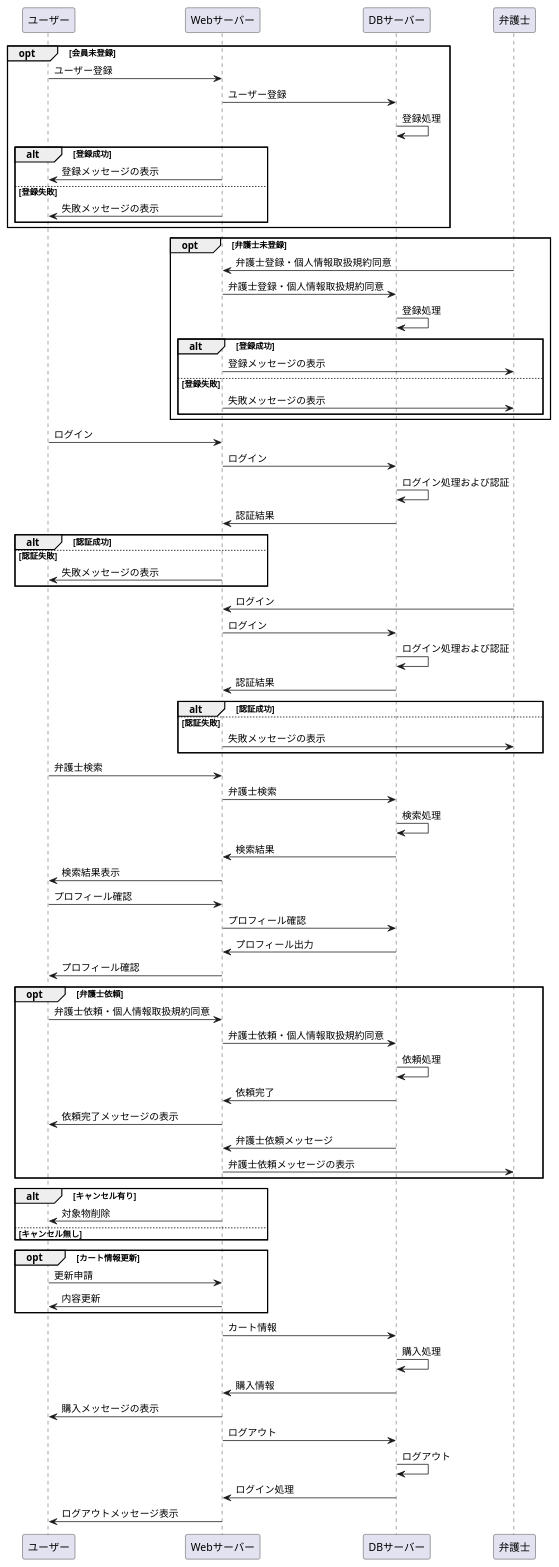
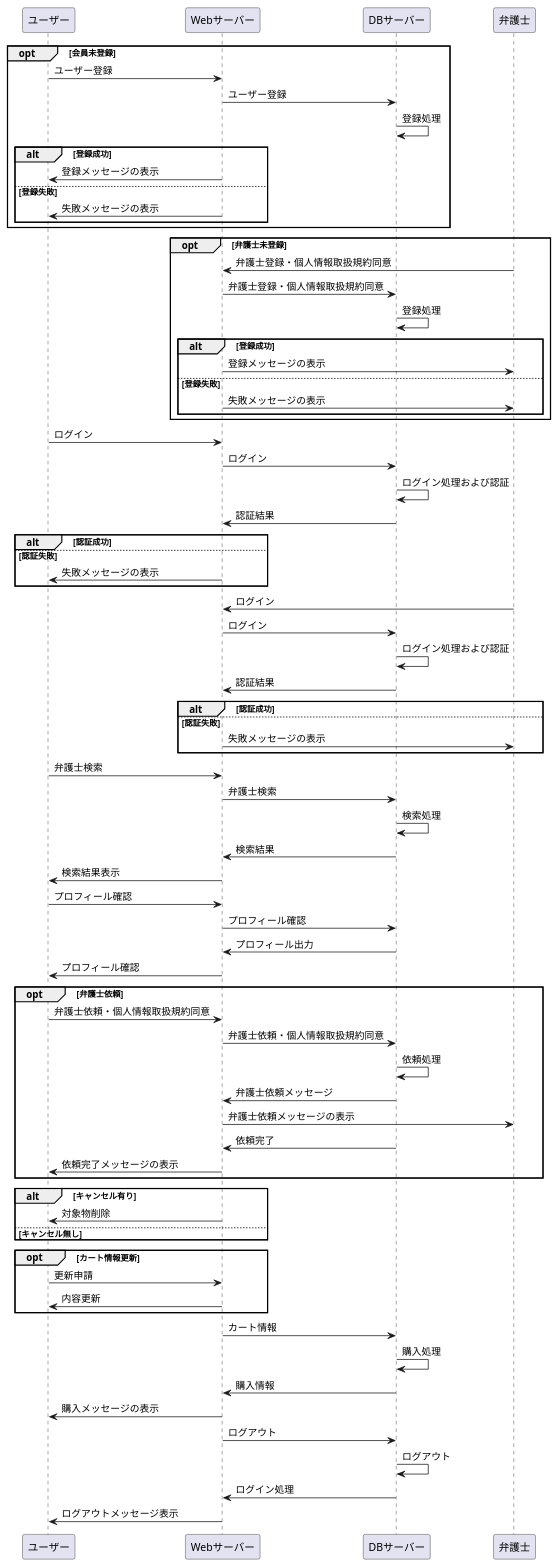
One commit to Aso2001374/2021sys-design changed the diagram in bengoshi-syoukai.md. Above: the diagram before and after it, drawn with PlantUML.

```diff
--- a/bengoshi-syoukai.md
+++ b/bengoshi-syoukai.md
@@ -89,10 +89,11 @@
 ユーザー -> Webサーバー:弁護士依頼・個人情報取扱規約同意
 Webサーバー -> DBサーバー:弁護士依頼・個人情報取扱規約同意
 DBサーバー -> DBサーバー:依頼処理
+DBサーバー -> Webサーバー:弁護士依頼メッセージ
+Webサーバー ->弁護士:弁護士依頼メッセージの表示
 DBサーバー -> Webサーバー:依頼完了
 Webサーバー ->ユーザー:依頼完了メッセージの表示
-DBサーバー -> Webサーバー:弁護士依頼メッセージ
-Webサーバー ->弁護士:弁護士依頼メッセージの表示
+
   
 end
 
```
